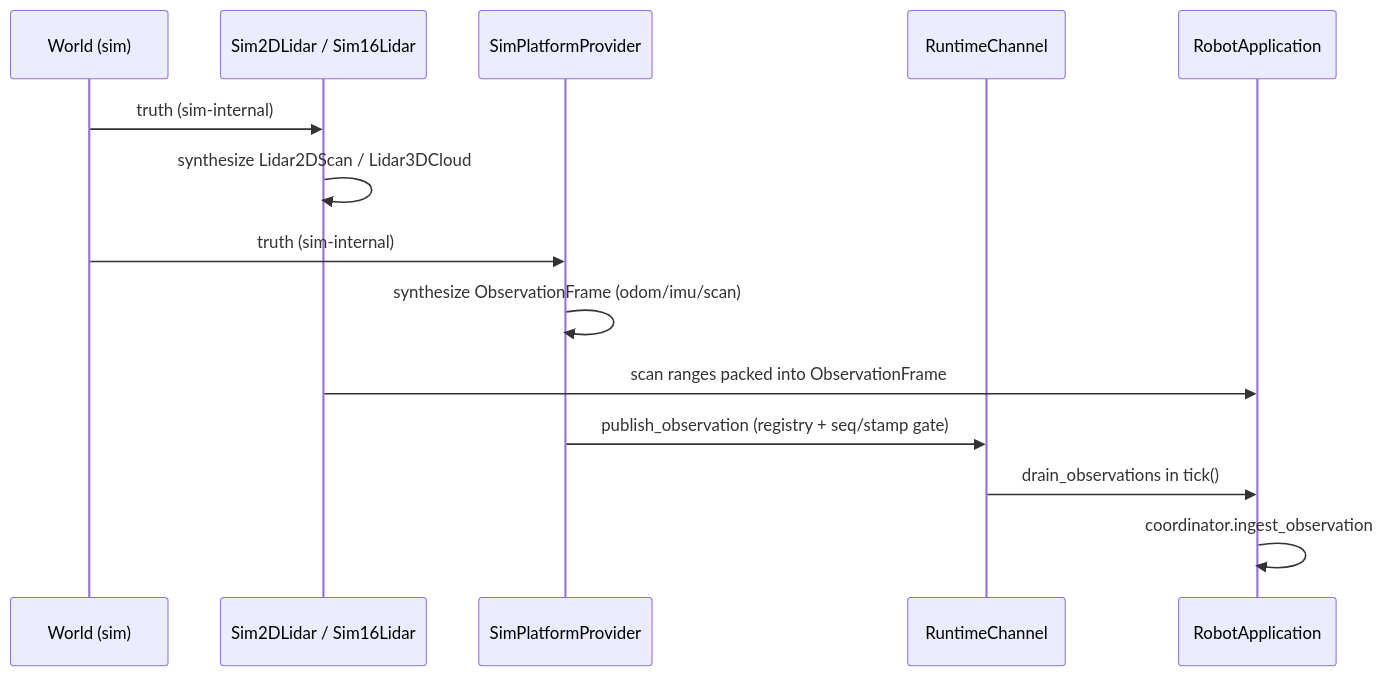
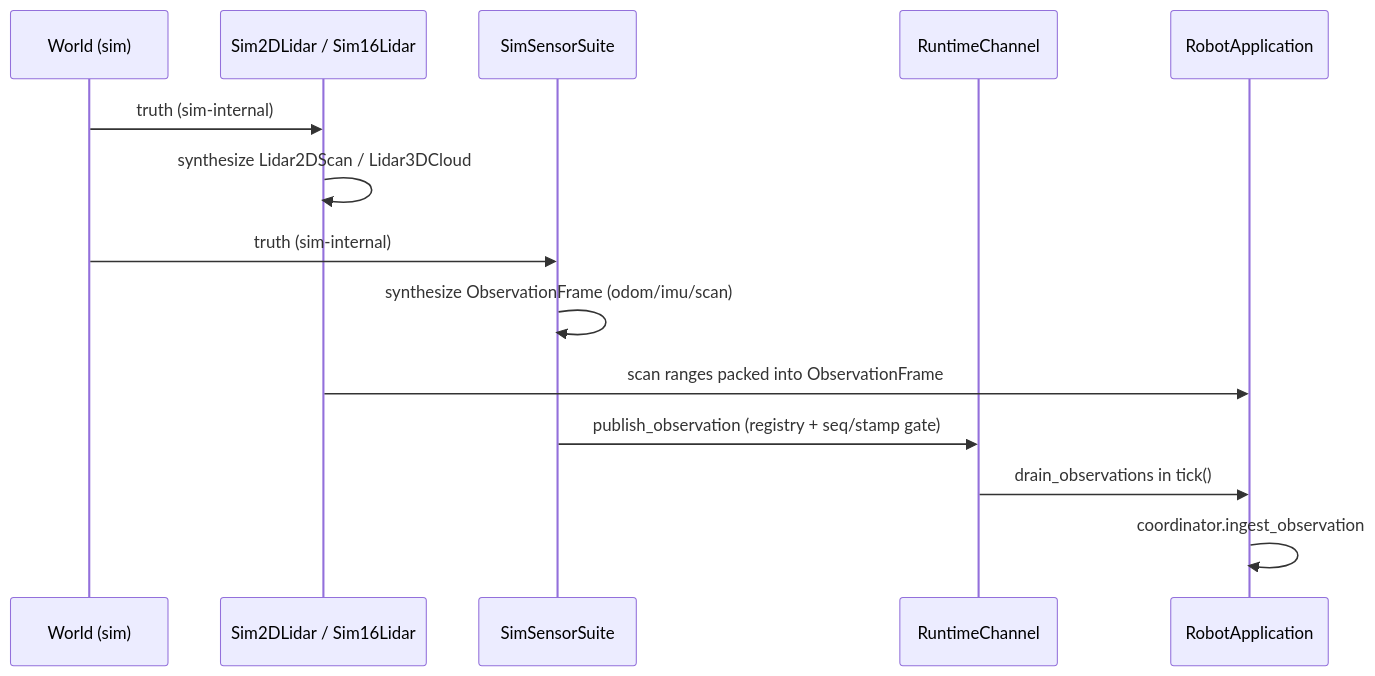
One commit to Robin-1978/lost-signal changed the third of 6 diagrams in docs/system-overview.md. Above: the diagram before and after it, drawn with Mermaid. The commit also changed other lines of this file and 23 other files, not shown here.

Commit message:
refactor: unify provider seam on typed messages with suite composer

````diff
--- a/docs/system-overview.md
+++ b/docs/system-overview.md
@@ -91,16 +91,16 @@
 ```mermaid
 sequenceDiagram
   participant W as World (sim)
   participant L as Sim2DLidar / Sim16Lidar
-  participant P as SimPlatformProvider
+  participant P as SimSensorSuite
   participant C as RuntimeChannel
   participant R as RobotApplication
   W->>L: truth (sim-internal)
   L->>L: synthesize Lidar2DScan / Lidar3DCloud
   W->>P: truth (sim-internal)
   P->>P: synthesize ObservationFrame (odom/imu/scan)
   L->>R: scan ranges packed into ObservationFrame
   P->>C: publish_observation (registry + seq/stamp gate)
   C->>R: drain_observations in tick()
   R->>R: coordinator.ingest_observation
 ```
````
